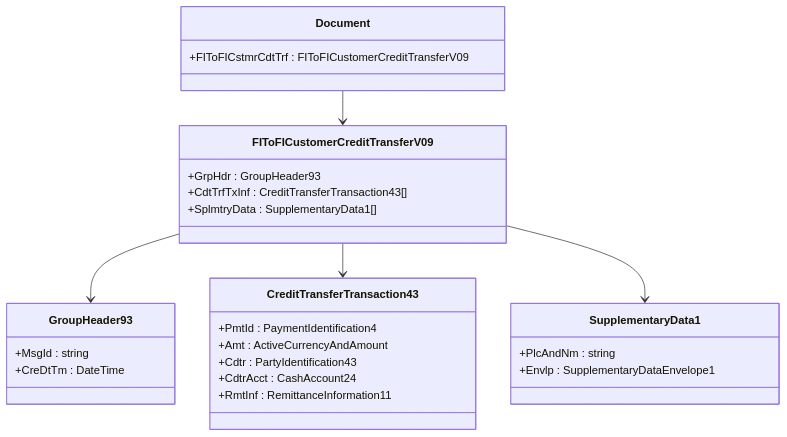
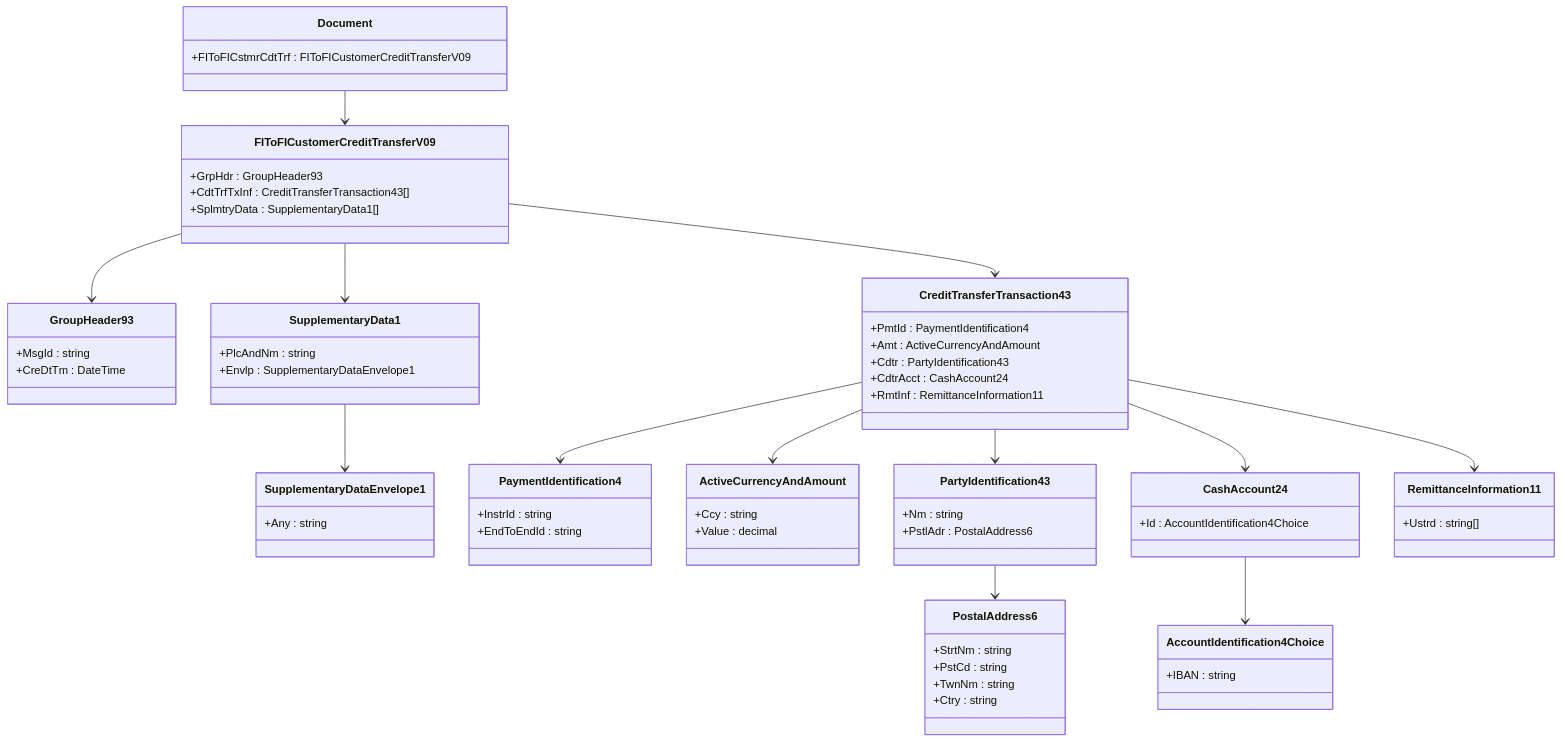
One commit to marcialwushu/ISO.20022.Messages changed the diagram in README.md. Above: the diagram before and after it, drawn with Mermaid.

Commit message:
fdocs: Update README.md com mermaid da pacs.008

````diff
--- a/README.md
+++ b/README.md
@@ -75,35 +75,81 @@
 ```mermaid
 classDiagram
     class Document {
         +FIToFICstmrCdtTrf : FIToFICustomerCreditTransferV09
     }
-
+    
     class FIToFICustomerCreditTransferV09 {
         +GrpHdr : GroupHeader93
         +CdtTrfTxInf : CreditTransferTransaction43[]
         +SplmtryData : SupplementaryData1[]
     }
-
+    
     class GroupHeader93 {
         +MsgId : string
         +CreDtTm : DateTime
     }
-
+    
     class CreditTransferTransaction43 {
         +PmtId : PaymentIdentification4
         +Amt : ActiveCurrencyAndAmount
         +Cdtr : PartyIdentification43
         +CdtrAcct : CashAccount24
         +RmtInf : RemittanceInformation11
     }
-
+    
     class SupplementaryData1 {
         +PlcAndNm : string
         +Envlp : SupplementaryDataEnvelope1
     }
-
+    
+    class SupplementaryDataEnvelope1 {
+        +Any : string
+    }
+    
+    class PaymentIdentification4 {
+        +InstrId : string
+        +EndToEndId : string
+    }
+    
+    class ActiveCurrencyAndAmount {
+        +Ccy : string
+        +Value : decimal
+    }
+    
+    class PartyIdentification43 {
+        +Nm : string
+        +PstlAdr : PostalAddress6
+    }
+    
+    class CashAccount24 {
+        +Id : AccountIdentification4Choice
+    }
+    
+    class RemittanceInformation11 {
+        +Ustrd : string[]
+    }
+    
+    class PostalAddress6 {
+        +StrtNm : string
+        +PstCd : string
+        +TwnNm : string
+        +Ctry : string
+    }
+    
+    class AccountIdentification4Choice {
+        +IBAN : string
+    }
+    
     Document --> FIToFICustomerCreditTransferV09
     FIToFICustomerCreditTransferV09 --> GroupHeader93
     FIToFICustomerCreditTransferV09 --> CreditTransferTransaction43
     FIToFICustomerCreditTransferV09 --> SupplementaryData1
+    SupplementaryData1 --> SupplementaryDataEnvelope1
+    CreditTransferTransaction43 --> PaymentIdentification4
+    CreditTransferTransaction43 --> ActiveCurrencyAndAmount
+    CreditTransferTransaction43 --> PartyIdentification43
+    CreditTransferTransaction43 --> CashAccount24
+    CreditTransferTransaction43 --> RemittanceInformation11
+    PartyIdentification43 --> PostalAddress6
+    CashAccount24 --> AccountIdentification4Choice
 ```
````
